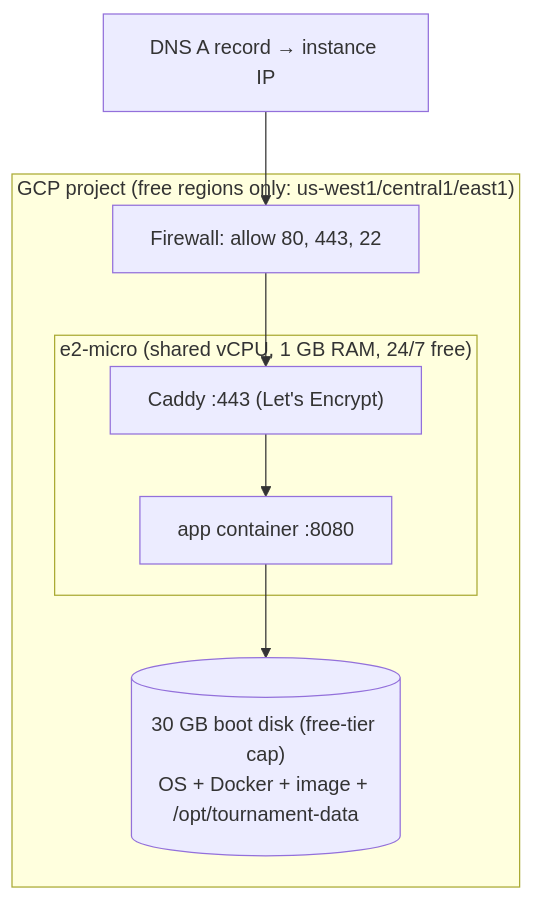
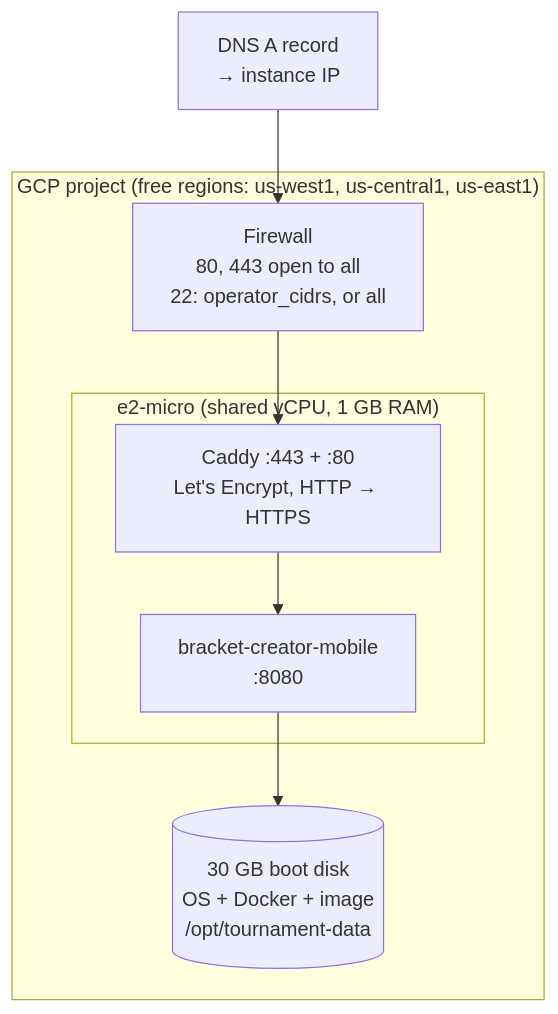
The sixth of 11 diagrams in docs/architecture/infrastructure-architecture.md (gitrgoliveira/bracket-creator), drawn with Mermaid before and after one commit. The commit also changed other lines of this file and 49 other files, not shown here.

First line of the commit message:
fix(bc-arch): one transaction for participant edits; WAL stale-log guard; architecture docs

````diff
--- a/docs/architecture/infrastructure-architecture.md
+++ b/docs/architecture/infrastructure-architecture.md
@@ -81,13 +172,13 @@
 ```mermaid
 flowchart TB
-    dns["DNS A record → instance IP"] --> fw
-    subgraph gcpproj["GCP project (free regions only: us-west1/central1/east1)"]
-        fw["Firewall: allow 80, 443, 22"]
-        subgraph vm["e2-micro (shared vCPU, 1 GB RAM, 24/7 free)"]
-            caddy["Caddy :443 (Let's Encrypt)"]
-            app["app container :8080"]
+    dns["DNS A record<br/>→ instance IP"] --> fw
+    subgraph gcpproj["GCP project (free regions: us-west1, us-central1, us-east1)"]
+        fw["Firewall<br/>80, 443 open to all<br/>22: operator_cidrs, or all"]
+        subgraph vm["e2-micro (shared vCPU, 1 GB RAM)"]
+            caddy["Caddy :443 + :80<br/>Let's Encrypt, HTTP → HTTPS"]
+            app["bracket-creator-mobile<br/>:8080"]
         end
-        pd[("30 GB boot disk (free-tier cap)<br/>OS + Docker + image + /opt/tournament-data")]
+        pd[("30 GB boot disk<br/>OS + Docker + image<br/>/opt/tournament-data")]
     end
     fw --> caddy --> app --> pd
 ```
````
